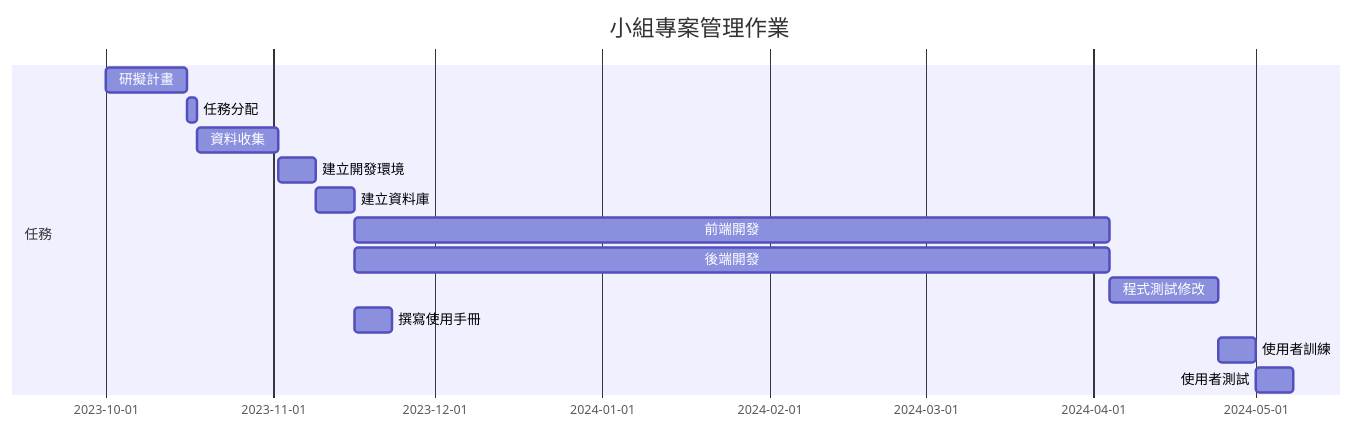
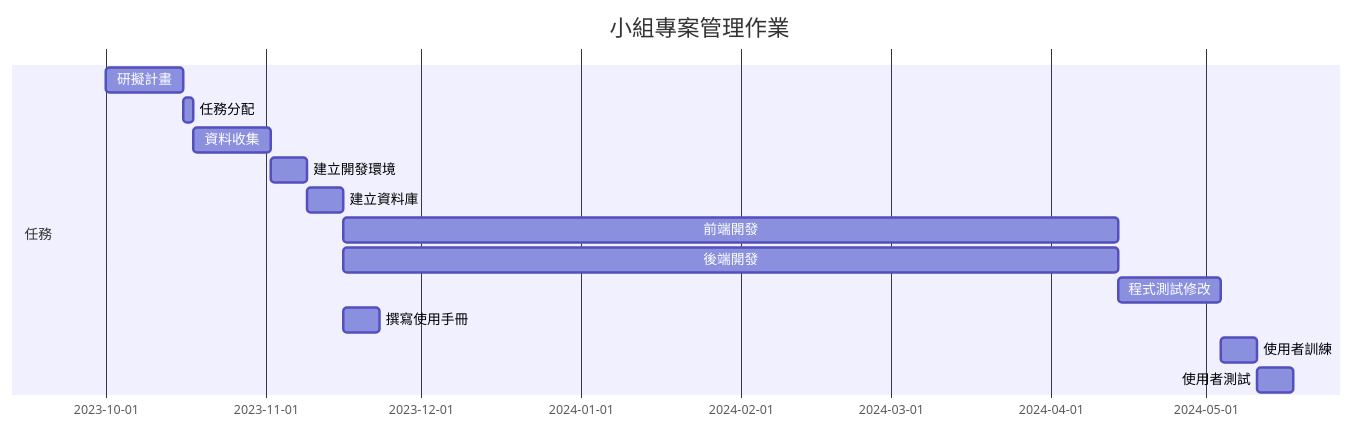
The diagram in group-hw2.md (Xuan730/T5), drawn with Mermaid before and after one commit.

````diff
--- a/group-hw2.md
+++ b/group-hw2.md
@@ -7,17 +7,17 @@
 ```mermaid
 gantt
     title 小組專案管理作業
 
     section 任務
     研擬計畫 :a1, 2023-10-01, 15d
     任務分配 :a2, after a1, 2d
     資料收集 :a3, after a2 , 15d
     建立開發環境 :a4, after a3, 7d
     建立資料庫 :a5, after a4, 7d
-    前端開發:a6,after a5, 140d
-    後端開發:a7, after a5, 140d
+    前端開發:a6,after a5, 150d
+    後端開發:a7, after a5, 150d
     程式測試修改 :a8, after a6、a7, 20d
     撰寫使用手冊 :a9, after a5, 7d
     使用者訓練 :a10, after a8, 7d
     使用者測試 : a11, after a10, 7d
 ```
````
